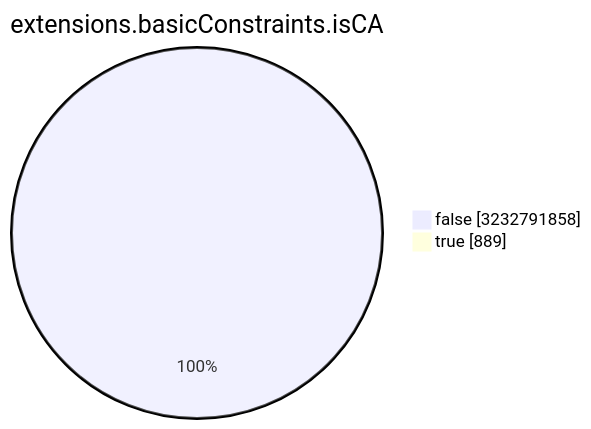
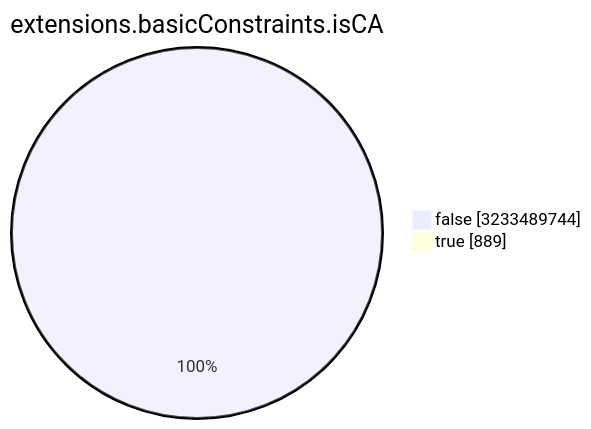
Before and after one commit to christiankrug/ctmonitor_visualization: the seventh of 15 diagrams in TOTAL/README.md, drawn with Mermaid. The commit also changed other lines of this file, not shown here.

````diff
--- a/TOTAL/README.md
+++ b/TOTAL/README.md
@@ -3088,6 +3088,6 @@
 ```mermaid
 pie showData
 title extensions.basicConstraints.isCA
-"false" :3232791858
+"false" :3233489744
 "true" :889
 ```
````
